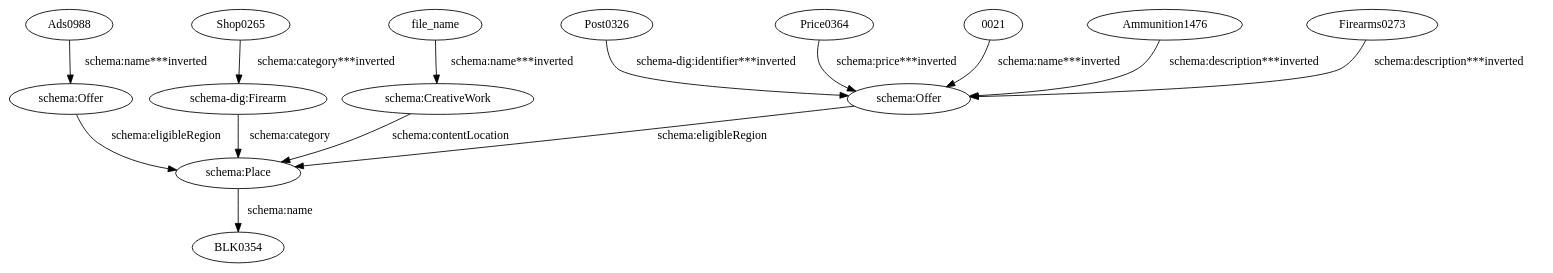
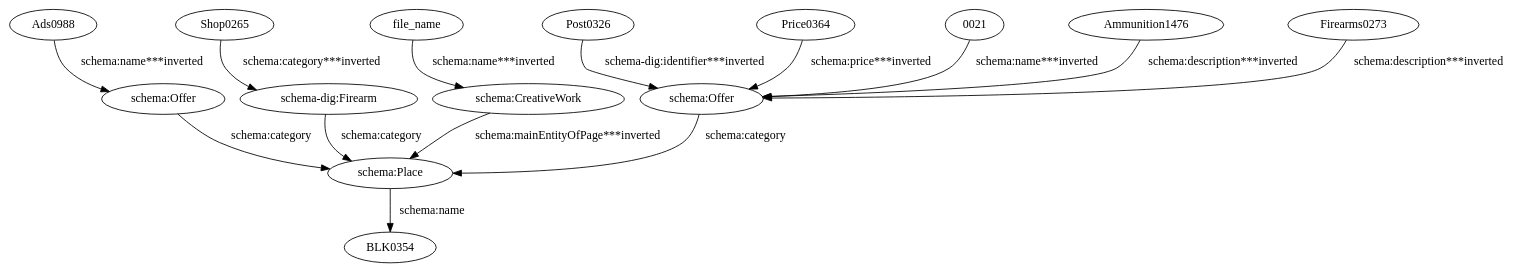
The diagram in data/taheriyan2016/task_04/semantic_models/steiner/dot/montanagunclassifieds.dot (giuseppefutia/semi), drawn with Graphviz before and after one commit. The commit also changed 120 other files, not shown here.

```diff
--- a/data/taheriyan2016/task_04/semantic_models/steiner/dot/montanagunclassifieds.dot
+++ b/data/taheriyan2016/task_04/semantic_models/steiner/dot/montanagunclassifieds.dot
@@ -1,29 +1,29 @@
 digraph {
   "0021" [type=attribute_name,label="0021"]
   "schema:Offer1" [type=class_uri,label="schema:Offer"]
   Ads0988 [type=attribute_name,label=Ads0988]
   "schema:Offer2" [type=class_uri,label="schema:Offer"]
   Ammunition1476 [type=attribute_name,label=Ammunition1476]
   Firearms0273 [type=attribute_name,label=Firearms0273]
   Post0326 [type=attribute_name,label=Post0326]
   Price0364 [type=attribute_name,label=Price0364]
   Shop0265 [type=attribute_name,label=Shop0265]
   "schema-dig:Firearm1" [type=class_uri,label="schema-dig:Firearm"]
   file_name [type=attribute_name,label=file_name]
   "schema:CreativeWork1" [type=class_uri,label="schema:CreativeWork"]
   "schema:Place1" [type=class_uri,label="schema:Place"]
   BLK0354 [type=attribute_name,label=BLK0354]
   "0021" -> "schema:Offer1" [type=st_property_uri,label="schema:name***inverted",weight=1]
   Ads0988 -> "schema:Offer2" [type=st_property_uri,label="schema:name***inverted",weight=1]
   Ammunition1476 -> "schema:Offer1" [type=st_property_uri,label="schema:description***inverted",weight=1]
   Firearms0273 -> "schema:Offer1" [type=st_property_uri,label="schema:description***inverted",weight=1]
   Post0326 -> "schema:Offer1" [type=st_property_uri,label="schema-dig:identifier***inverted",weight=1]
   Price0364 -> "schema:Offer1" [type=st_property_uri,label="schema:price***inverted",weight=1]
   Shop0265 -> "schema-dig:Firearm1" [type=st_property_uri,label="schema:category***inverted",weight=1]
   file_name -> "schema:CreativeWork1" [type=st_property_uri,label="schema:name***inverted",weight=1]
   "schema-dig:Firearm1" -> "schema:Place1" [label="schema:category",type=inherited,weight=4]
-  "schema:CreativeWork1" -> "schema:Place1" [label="schema:contentLocation",type=direct_property_uri,weight=1]
-  "schema:Offer1" -> "schema:Place1" [label="schema:eligibleRegion",type=direct_property_uri,weight=1]
-  "schema:Offer2" -> "schema:Place1" [label="schema:eligibleRegion",type=direct_property_uri,weight=1]
+  "schema:CreativeWork1" -> "schema:Place1" [type=inherited,label="schema:mainEntityOfPage***inverted",weight=4]
+  "schema:Offer1" -> "schema:Place1" [label="schema:category",type=inherited,weight=4]
+  "schema:Offer2" -> "schema:Place1" [label="schema:category",type=inherited,weight=4]
   "schema:Place1" -> BLK0354 [label="schema:name",type=st_property_uri]
 }
```
